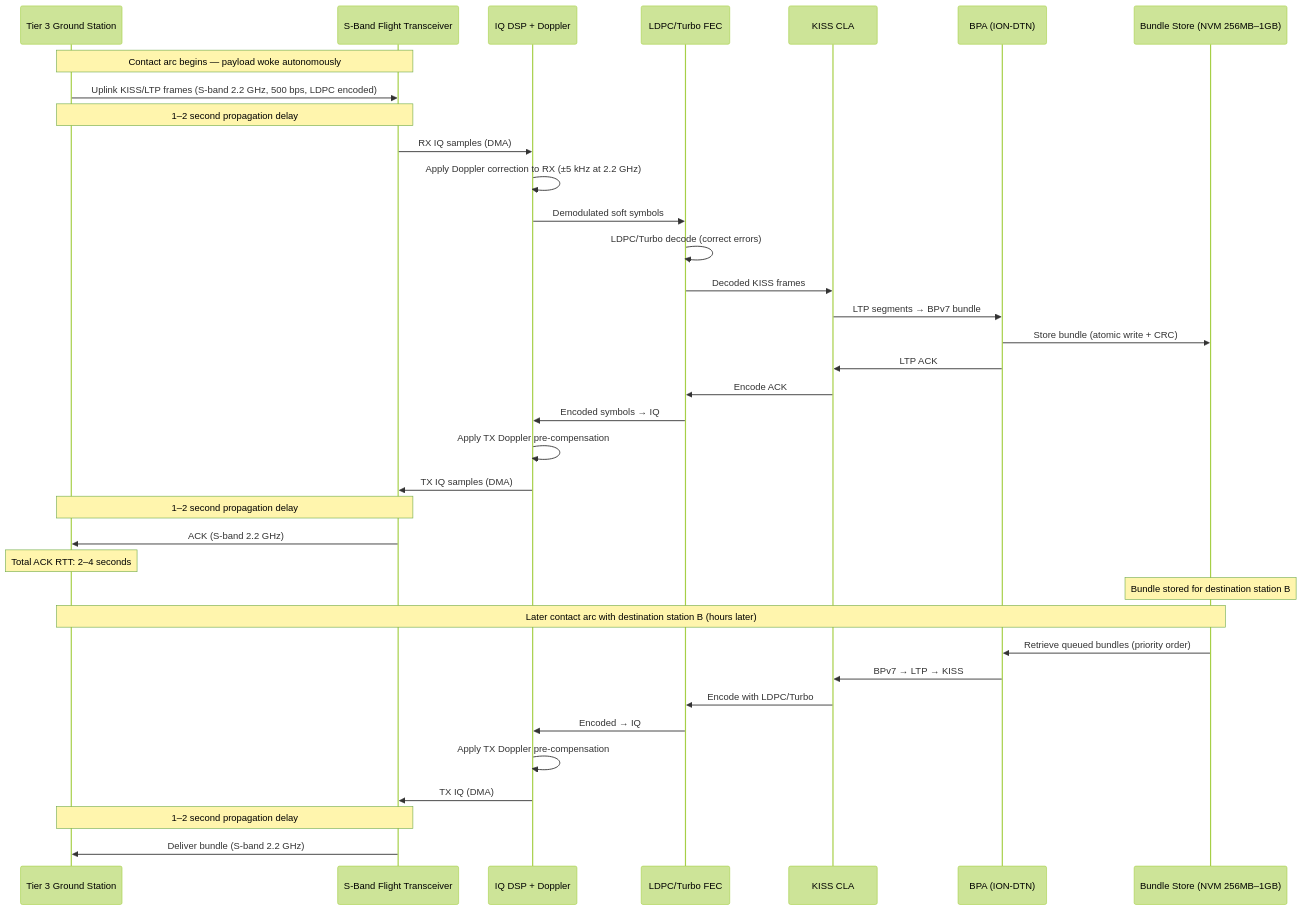
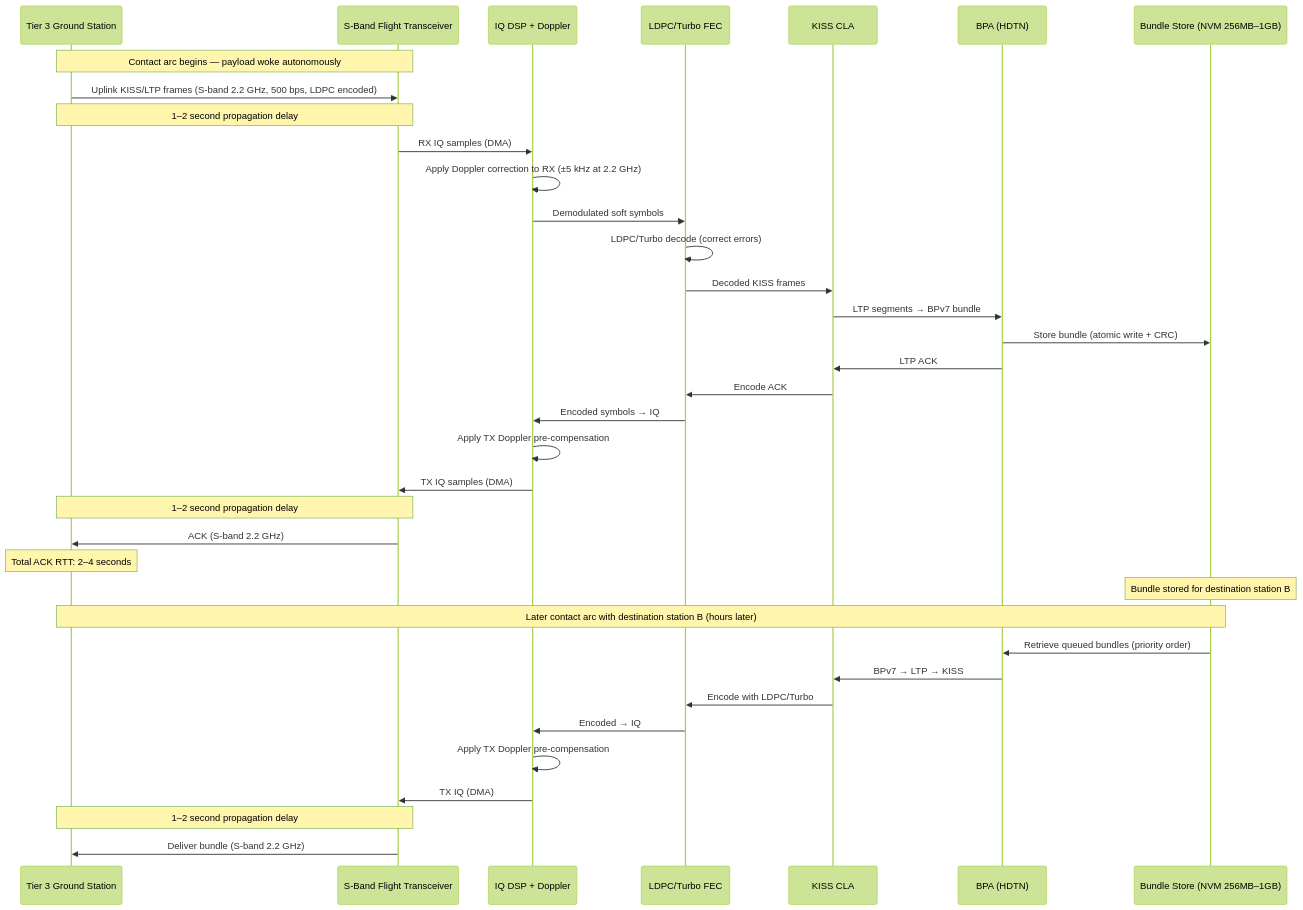
The third of 7 diagrams in docs/cislunar-phase4/design.md (g4dpz/cislunar_proposal), drawn with Mermaid (forest theme) before and after one commit. The commit also changed other lines of this file and 18 other files, not shown here.

Commit message:
Migrate from ION-DTN to HDTN across all specs and website

````diff
--- a/docs/cislunar-phase4/design.md
+++ b/docs/cislunar-phase4/design.md
@@ -130,41 +130,41 @@
 ```mermaid
 sequenceDiagram
     participant T3 as Tier 3 Ground Station
     participant XCVR as S-Band Flight Transceiver
     participant DSP as IQ DSP + Doppler
     participant FEC as LDPC/Turbo FEC
     participant CLA as KISS CLA
-    participant BPA as BPA (ION-DTN)
+    participant BPA as BPA (HDTN)
     participant BS as Bundle Store (NVM 256MB–1GB)
 
     Note over T3,XCVR: Contact arc begins — payload woke autonomously
     T3->>XCVR: Uplink KISS/LTP frames (S-band 2.2 GHz, 500 bps, LDPC encoded)
     Note over T3,XCVR: 1–2 second propagation delay
     XCVR->>DSP: RX IQ samples (DMA)
     DSP->>DSP: Apply Doppler correction to RX (±5 kHz at 2.2 GHz)
     DSP->>FEC: Demodulated soft symbols
     FEC->>FEC: LDPC/Turbo decode (correct errors)
     FEC->>CLA: Decoded KISS frames
     CLA->>BPA: LTP segments → BPv7 bundle
     BPA->>BS: Store bundle (atomic write + CRC)
     BPA->>CLA: LTP ACK
     CLA->>FEC: Encode ACK
     FEC->>DSP: Encoded symbols → IQ
     DSP->>DSP: Apply TX Doppler pre-compensation
     DSP->>XCVR: TX IQ samples (DMA)
     Note over XCVR,T3: 1–2 second propagation delay
     XCVR->>T3: ACK (S-band 2.2 GHz)
     Note over T3: Total ACK RTT: 2–4 seconds
 
     Note over BS: Bundle stored for destination station B
 
     Note over BS,T3: Later contact arc with destination station B (hours later)
     BS->>BPA: Retrieve queued bundles (priority order)
     BPA->>CLA: BPv7 → LTP → KISS
     CLA->>FEC: Encode with LDPC/Turbo
     FEC->>DSP: Encoded → IQ
     DSP->>DSP: Apply TX Doppler pre-compensation
     DSP->>XCVR: TX IQ (DMA)
     Note over XCVR,T3: 1–2 second propagation delay
     XCVR->>T3: Deliver bundle (S-band 2.2 GHz)
 ```
````
